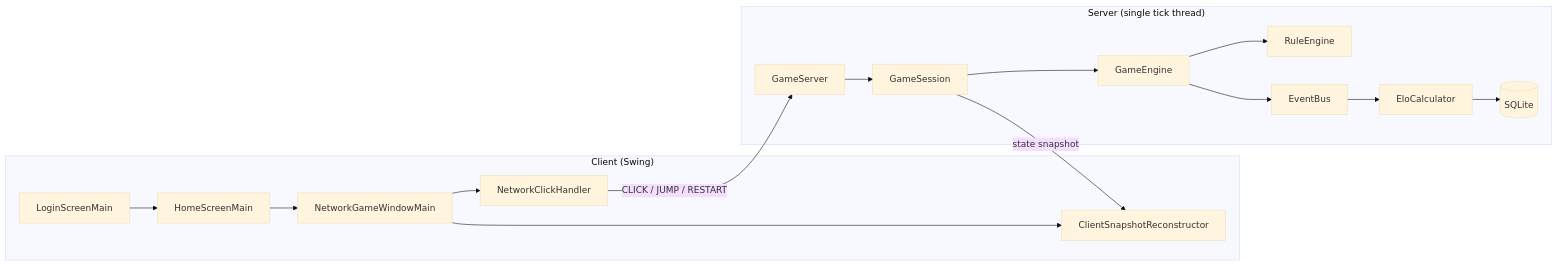
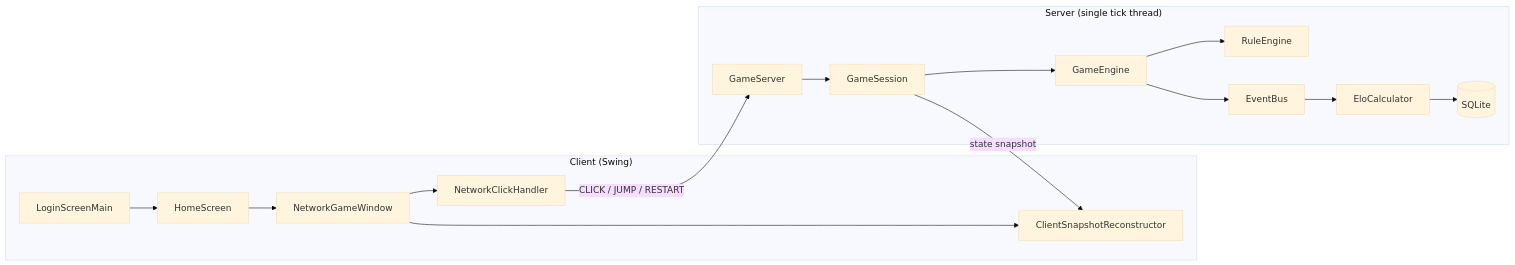
Before and after one commit to RuthHoltzman/KFChess: the diagram in README.md, drawn with Mermaid (base theme). The commit also changed other lines of this file and 51 other files, not shown here.

````diff
--- a/README.md
+++ b/README.md
@@ -141,20 +141,20 @@
 ```mermaid
 flowchart LR
     subgraph Client["Client (Swing)"]
-        L[LoginScreenMain] --> H[HomeScreenMain] --> W[NetworkGameWindowMain]
+        L[LoginScreenMain] --> H[HomeScreen] --> W[NetworkGameWindow]
         W --> CH[NetworkClickHandler]
         W --> R[ClientSnapshotReconstructor]
     end
 
     subgraph Server["Server (single tick thread)"]
         GS[GameServer] --> SE[GameSession]
         SE --> EN[GameEngine]
         EN --> RU[RuleEngine]
         EN --> BUS[EventBus]
         BUS --> ELO[EloCalculator]
         ELO --> DB[(SQLite)]
     end
 
     CH -- "CLICK / JUMP / RESTART" --> GS
     SE -- "state snapshot" --> R
 ```
````
